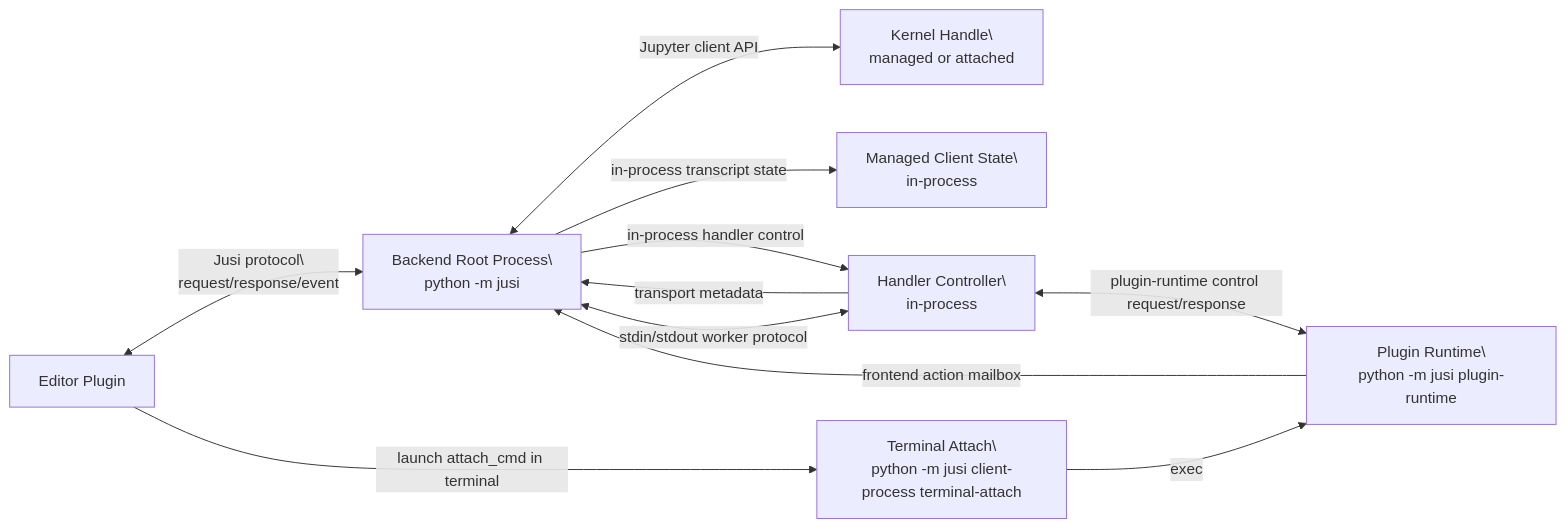
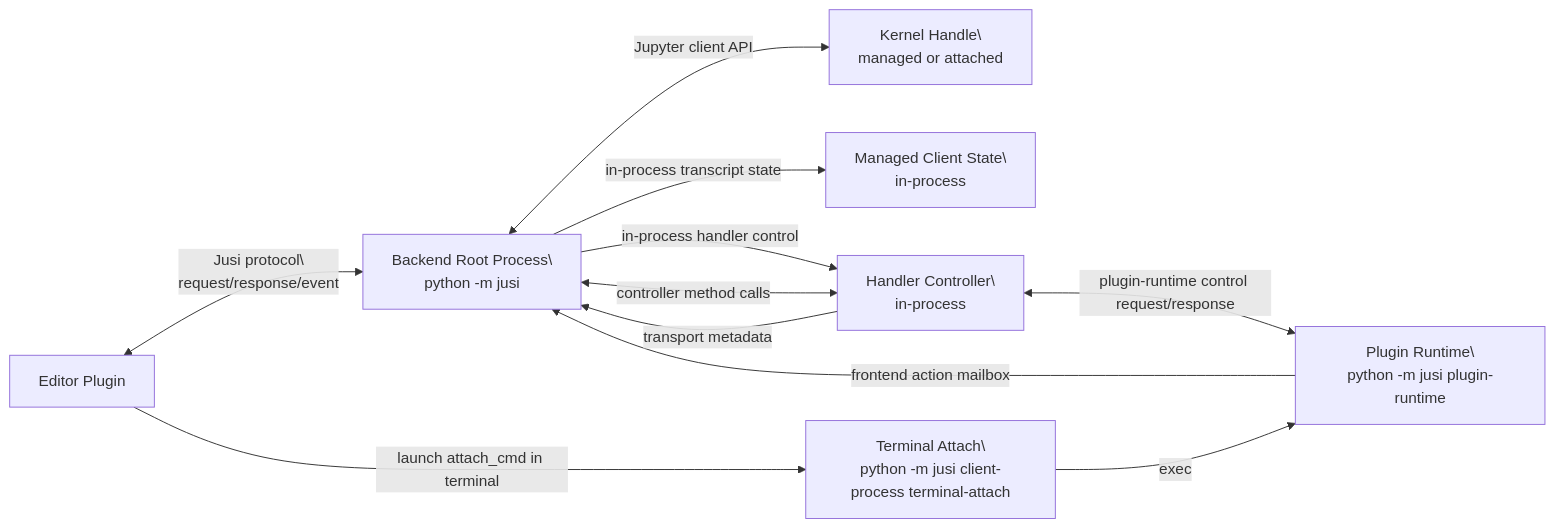
Before and after one commit to notawhaleble/jusi: the first of 6 diagrams in docs/backend-map.md, drawn with Mermaid. The commit also changed other lines of this file and 9 other files, not shown here.

````diff
--- a/docs/backend-map.md
+++ b/docs/backend-map.md
@@ -142,21 +141,21 @@
 ```mermaid
 flowchart LR
     F[Editor Plugin]
     B[Backend Root Process\\npython -m jusi]
     K[Kernel Handle\\nmanaged or attached]
     C[Managed Client State\\nin-process]
     W[Handler Controller\\nin-process]
     T[Terminal Attach\\npython -m jusi client-process terminal-attach]
     P[Plugin Runtime\\npython -m jusi plugin-runtime]
 
     F <-->|Jusi protocol\\nrequest/response/event| B
     B <-->|Jupyter client API| K
     B -->|in-process transcript state| C
     B -->|in-process handler control| W
     W -->|transport metadata| B
     F -->|launch attach_cmd in terminal| T
     T -->|exec| P
-    W <-->|stdin/stdout worker protocol| B
+    B <-->|controller method calls| W
     W <-->|plugin-runtime control request/response| P
     P -->|frontend action mailbox| B
 ```
````
